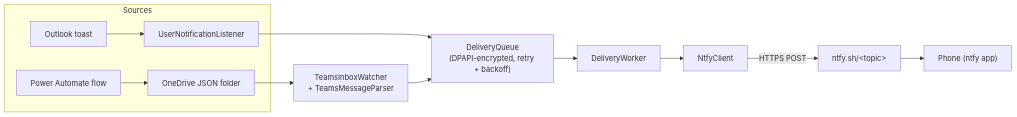
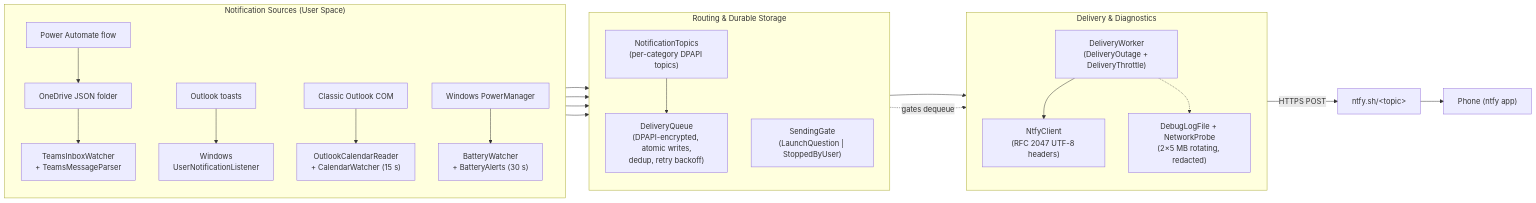
Before and after one commit to iulian880/noti-relay: the diagram in README.md, drawn with Mermaid. The commit also changed other lines of this file, not shown here.

````diff
--- a/README.md
+++ b/README.md
@@ -44,14 +72,36 @@
 ```mermaid
 flowchart LR
-    subgraph Sources
-      OL["Outlook toast"] --> UNL["UserNotificationListener"]
-      PA["Power Automate flow"] --> OD["OneDrive JSON folder"]
+    subgraph Sources["Notification Sources (User Space)"]
+      direction TB
+      PA["Power Automate flow"] --> OD["OneDrive JSON folder"] --> TIW["TeamsInboxWatcher<br/>+ TeamsMessageParser"]
+      OL["Outlook toasts"] --> UNL["Windows<br/>UserNotificationListener"]
+      CAL["Classic Outlook COM"] --> CW["OutlookCalendarReader<br/>+ CalendarWatcher (15 s)"]
+      BAT["Windows PowerManager"] --> BW["BatteryWatcher<br/>+ BatteryAlerts (30 s)"]
     end
-    OD --> TIW["TeamsInboxWatcher<br/>+ TeamsMessageParser"]
-    UNL --> Q
-    TIW --> Q["DeliveryQueue<br/>(DPAPI-encrypted, retry + backoff)"]
-    Q --> DW["DeliveryWorker"]
-    DW --> NC["NtfyClient"]
-    NC -->|HTTPS POST| NT["ntfy.sh/&lt;topic&gt;"]
-    NT --> PH["Phone (ntfy app)"]
+
+    subgraph Routing["Routing & Durable Storage"]
+      direction TB
+      NT["NotificationTopics<br/>(per-category DPAPI topics)"]
+      Q["DeliveryQueue<br/>(DPAPI-encrypted, atomic writes,<br/>dedup, retry backoff)"]
+      SG["SendingGate<br/>(LaunchQuestion | StoppedByUser)"]
+    end
+
+    subgraph Delivery["Delivery & Diagnostics"]
+      direction TB
+      DW["DeliveryWorker<br/>(DeliveryOutage + DeliveryThrottle)"]
+      NC["NtfyClient<br/>(RFC 2047 UTF-8 headers)"]
+      DBG["DebugLogFile + NetworkProbe<br/>(2×5 MB rotating, redacted)"]
+    end
+
+    TIW --> NT
+    UNL --> NT
+    CW --> NT
+    BW --> NT
+    NT --> Q
+    Q --> DW
+    SG -.->|gates dequeue| DW
+    DW --> NC
+    DW -.-> DBG
+    NC -->|HTTPS POST| NTFY["ntfy.sh/&lt;topic&gt;"]
+    NTFY --> PH["Phone (ntfy app)"]
 ```
````
